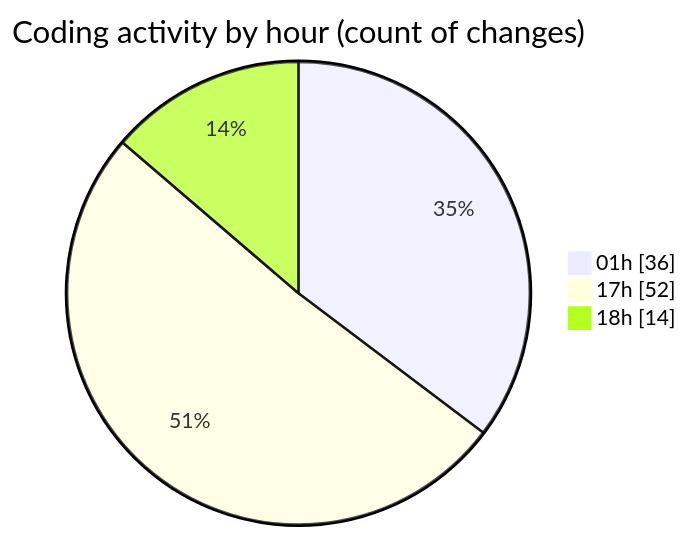
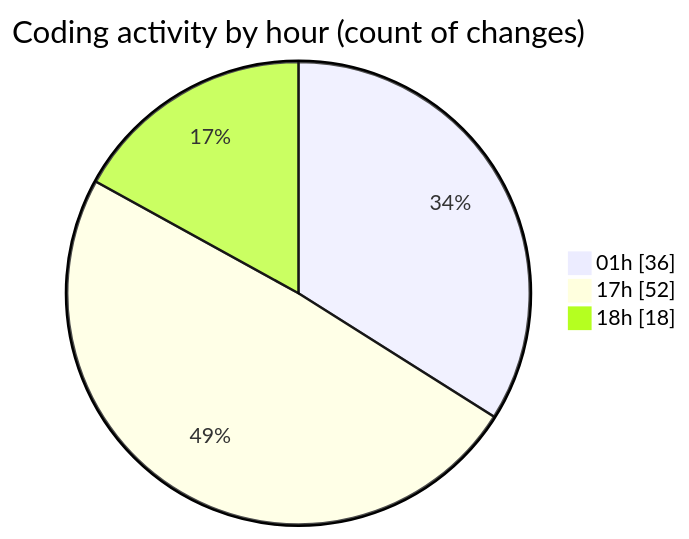
One commit to lephambinh05/code-tracking changed the second of 2 diagrams in 2025-07-29/appproject/README.md. Above: the diagram before and after it, drawn with Mermaid. The commit also changed other lines of this file and 1 other file, not shown here.

````diff
--- a/2025-07-29/appproject/README.md
+++ b/2025-07-29/appproject/README.md
@@ -76,7 +78,7 @@
 ```mermaid
 pie showData
 title Coding activity by hour (count of changes)
 "01h" : 36
 "17h" : 52
-"18h" : 14
+"18h" : 18
 ```
````
